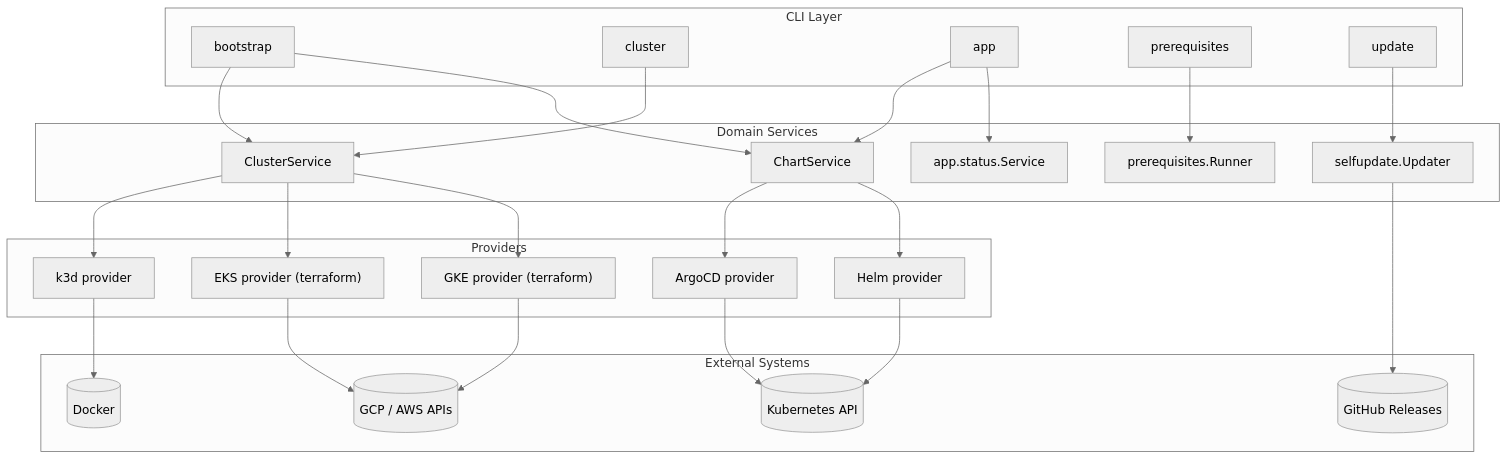
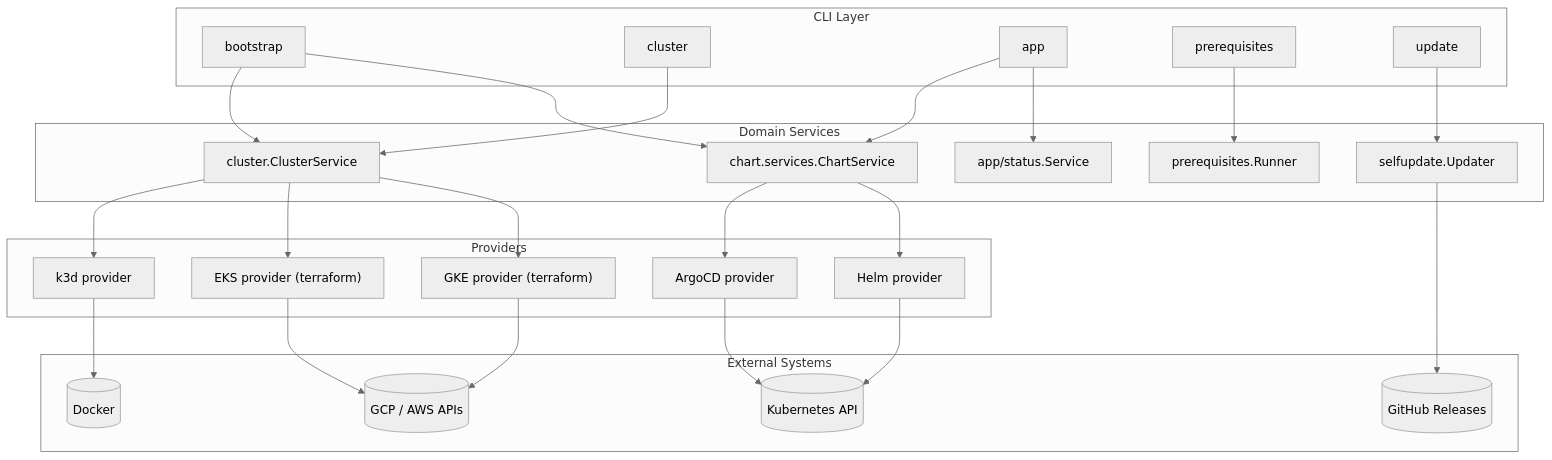
One commit to flamingo-stack/openframe-cli changed the diagram in README.md. Above: the diagram before and after it, drawn with Mermaid (neutral theme). The commit also changed other lines of this file and 223 other files, not shown here.

````diff
--- a/README.md
+++ b/README.md
@@ -108,54 +38,54 @@
 ```mermaid
 graph TB
-    subgraph "CLI Layer"
+    subgraph CliLayer["CLI Layer"]
         Bootstrap[bootstrap]
         Cluster[cluster]
         App[app]
         Prereq[prerequisites]
         Update[update]
     end
 
-    subgraph "Domain Services"
-        ClusterSvc["ClusterService"]
-        ChartSvc["ChartService"]
-        AppStatus["app.status.Service"]
+    subgraph Domain["Domain Services"]
+        ClusterSvc["cluster.ClusterService"]
+        ChartSvc["chart.services.ChartService"]
+        AppStatus["app/status.Service"]
         PrereqFw["prerequisites.Runner"]
         SelfUpdate["selfupdate.Updater"]
     end
 
-    subgraph "Providers"
+    subgraph Providers["Providers"]
         K3d["k3d provider"]
         EKS["EKS provider (terraform)"]
         GKE["GKE provider (terraform)"]
         ArgoCD["ArgoCD provider"]
         Helm["Helm provider"]
     end
 
-    subgraph "External Systems"
-        Docker[(Docker)]
-        K8sAPI[(Kubernetes API)]
-        CloudAPI[(GCP / AWS APIs)]
-        GitHub[(GitHub Releases)]
+    subgraph External["External Systems"]
+        Docker[("Docker")]
+        K8sAPI[("Kubernetes API")]
+        CloudAPI[("GCP / AWS APIs")]
+        GitHub[("GitHub Releases")]
     end
 
     Bootstrap --> ClusterSvc
     Bootstrap --> ChartSvc
     Cluster --> ClusterSvc
     App --> ChartSvc
     App --> AppStatus
     Prereq --> PrereqFw
     Update --> SelfUpdate
 
     ClusterSvc --> K3d
     ClusterSvc --> EKS
     ClusterSvc --> GKE
     ChartSvc --> ArgoCD
     ChartSvc --> Helm
 
     K3d --> Docker
     EKS --> CloudAPI
     GKE --> CloudAPI
     ArgoCD --> K8sAPI
     Helm --> K8sAPI
     SelfUpdate --> GitHub
 ```
````
